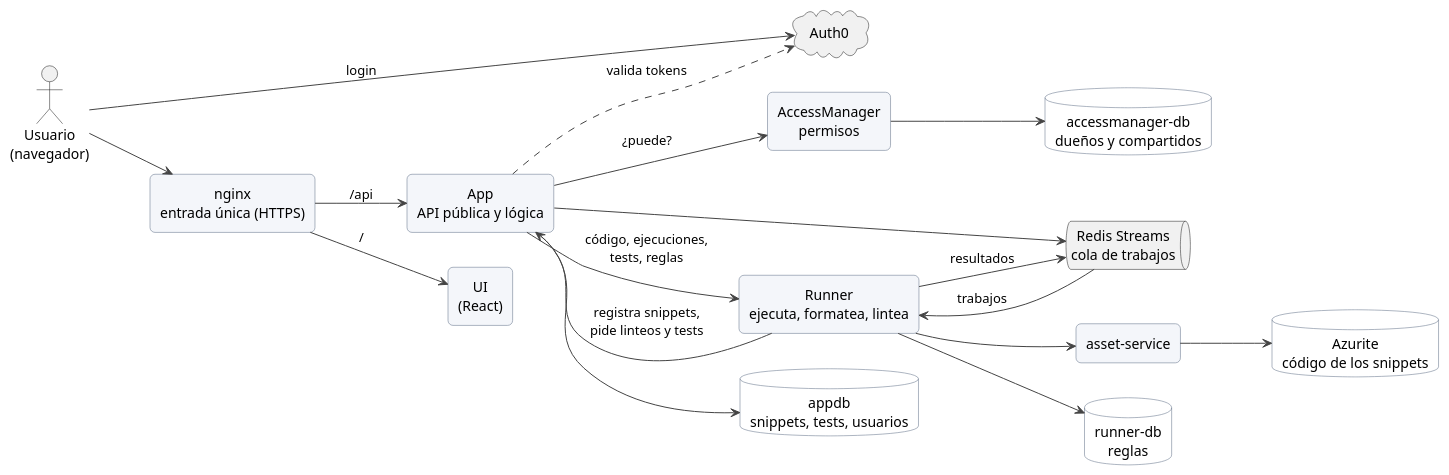
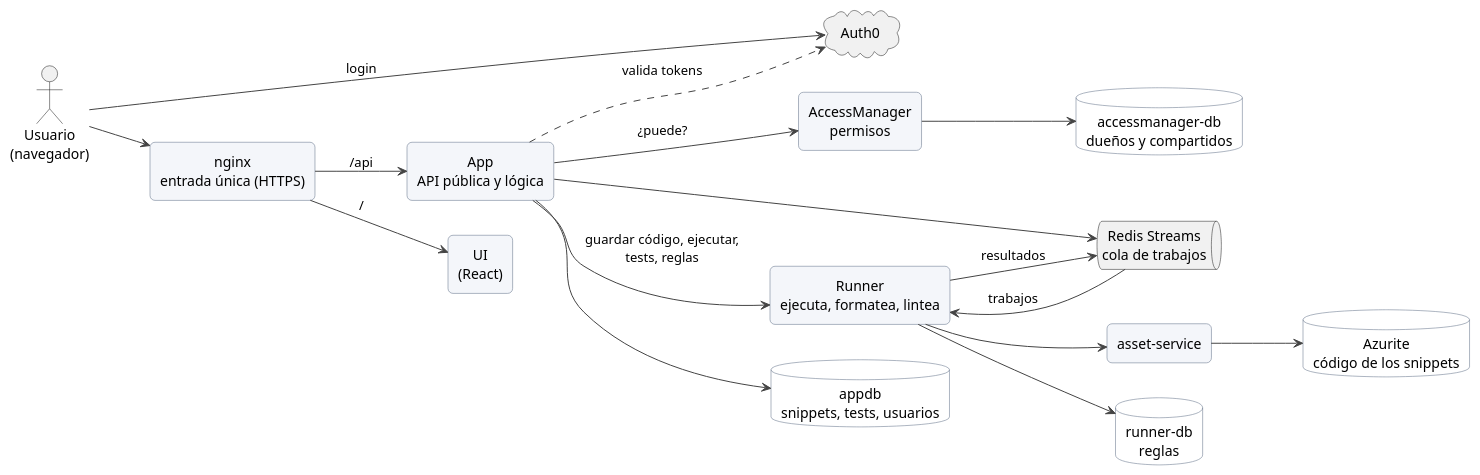
The diagram in Documentación/diagramas/arquitectura_simple.puml (Grupo-14-INGSIS/SnippetSearcher-Infrastructure), drawn with PlantUML before and after one commit. The commit also changed 12 other files, not shown here.

```diff
--- a/Documentación/diagramas/arquitectura_simple.puml
+++ b/Documentación/diagramas/arquitectura_simple.puml
@@ -1,56 +1,55 @@
 @startuml
 ' Vista simple: los 4 servicios, sus bases y con quién habla cada uno, por capas.
 ' Basado en el uml_graph original (dic. 2025), actualizado a la arquitectura actual.
 ' Generar la imagen: java -jar plantuml.jar -tpng -Playout=smetana arquitectura_simple.puml
 left to right direction
 skinparam shadowing false
 skinparam defaultTextAlignment center
 skinparam roundCorner 10
 skinparam ArrowColor #444444
 skinparam rectangle {
   BackgroundColor #F4F6FA
   BorderColor #5B6B82
 }
 skinparam database {
   BackgroundColor #FFFFFF
   BorderColor #5B6B82
 }
 
 actor "Usuario\n(navegador)" as user
 cloud "Auth0" as auth0
 
 rectangle "nginx\nentrada única (HTTPS)" as nginx
 
 rectangle "UI\n(React)" as ui
 rectangle "App\nAPI pública y lógica" as app
 rectangle "AccessManager\npermisos" as am
 rectangle "Runner\nejecuta, formatea, lintea" as runner
 
 queue "Redis Streams\ncola de trabajos" as redis
 rectangle "asset-service" as asset
 
 database "appdb\nsnippets, tests, usuarios" as appdb
 database "accessmanager-db\ndueños y compartidos" as amdb
 database "runner-db\nreglas" as rdb
 database "Azurite\ncódigo de los snippets" as az
 
 user --> auth0 : login
 user --> nginx
 nginx --> ui : /
 nginx --> app : /api
 app ..> auth0 : valida tokens
 
 app --> am : ¿puede?
-app --> runner : código, ejecuciones,\ntests, reglas
-runner --> app : registra snippets,\npide linteos y tests
+app --> runner : guardar código, ejecutar,\ntests, reglas
 
 app --> redis
 redis --> runner : trabajos
 runner --> redis : resultados
 
 am --> amdb
 app --> appdb
 runner --> rdb
 runner --> asset
 asset --> az
 @enduml
```
